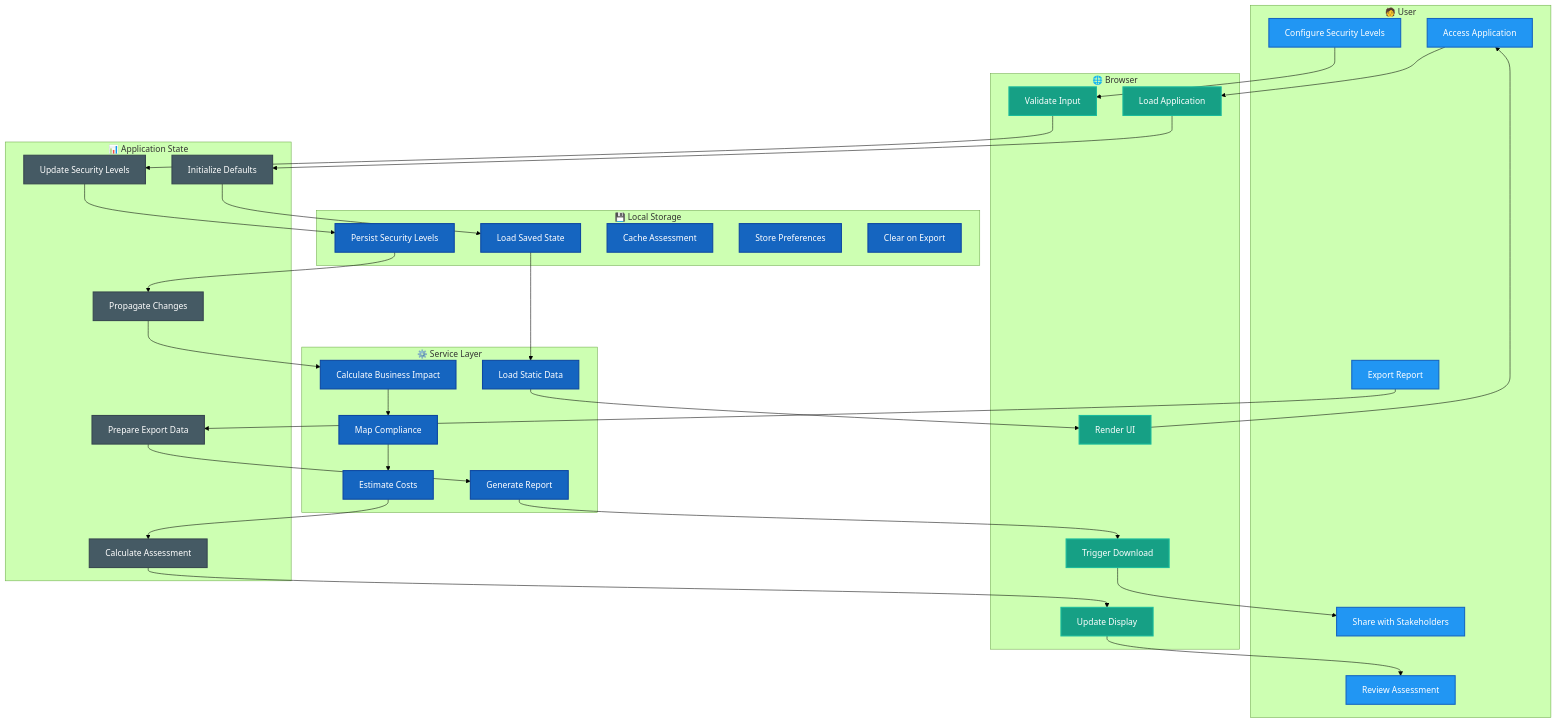
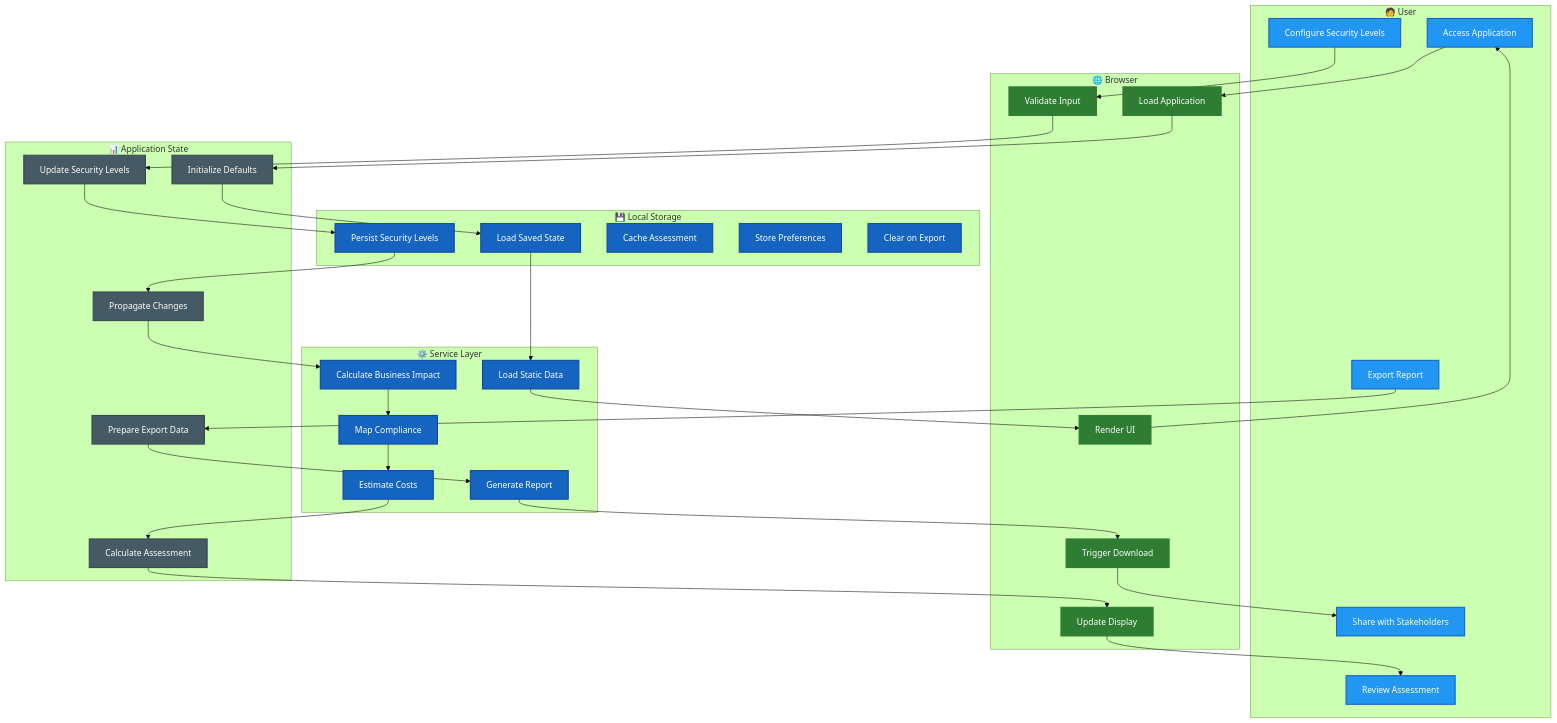
One commit to Hack23/cia-compliance-manager changed diagram 11 of 13 in docs/architecture/FLOWCHART.md. Above: the diagram before and after it, drawn with Mermaid (forest theme). The commit also changed other lines of this file and 18 other files, not shown here.

````diff
--- a/docs/architecture/FLOWCHART.md
+++ b/docs/architecture/FLOWCHART.md
@@ -1017,77 +1017,77 @@
 ```mermaid
 flowchart TD
     subgraph User["🧑 User"]
         U1[Access Application]
         U2[Configure Security Levels]
         U3[Review Assessment]
         U4[Export Report]
         U5[Share with Stakeholders]
     end
     
     subgraph Browser["🌐 Browser"]
         B1[Load Application]
         B2[Render UI]
         B3[Validate Input]
         B4[Update Display]
         B5[Trigger Download]
     end
     
     subgraph AppState["📊 Application State"]
         S1[Initialize Defaults]
         S2[Update Security Levels]
         S3[Propagate Changes]
         S4[Calculate Assessment]
         S5[Prepare Export Data]
     end
     
     subgraph Services["⚙️ Service Layer"]
         SV1[Load Static Data]
         SV2[Calculate Business Impact]
         SV3[Map Compliance]
         SV4[Estimate Costs]
         SV5[Generate Report]
     end
     
     subgraph Storage["💾 Local Storage"]
         ST1[Load Saved State]
         ST2[Persist Security Levels]
         ST3[Cache Assessment]
         ST4[Store Preferences]
         ST5[Clear on Export]
     end
     
     U1 --> B1
     B1 --> S1
     S1 --> ST1
     ST1 --> SV1
     SV1 --> B2
     B2 --> U1
     
     U2 --> B3
     B3 --> S2
     S2 --> ST2
     ST2 --> S3
     S3 --> SV2
     SV2 --> SV3
     SV3 --> SV4
     SV4 --> S4
     S4 --> B4
     B4 --> U3
     
     U4 --> S5
     S5 --> SV5
     SV5 --> B5
     B5 --> U5
     
     classDef user fill:#2196F3,stroke:#1565C0,stroke-width:2px,color:#ffffff
-    classDef browser fill:#16a085,stroke:#1abc9c,stroke-width:2px,color:white
+    classDef browser fill:#2E7D32,stroke:#1B5E20,stroke-width:2px,color:#ffffff,stroke:#2E7D32,stroke-width:2px,color:white
     classDef state fill:#455A64,stroke:#37474F,stroke-width:2px,color:#ffffff
     classDef service fill:#1565C0,stroke:#0D47A1,stroke-width:2px,color:#ffffff
     classDef storage fill:#1565C0,stroke:#0D47A1,stroke-width:2px,color:#ffffff
     
     class U1,U2,U3,U4,U5 user
     class B1,B2,B3,B4,B5 browser
     class S1,S2,S3,S4,S5 state
     class SV1,SV2,SV3,SV4,SV5 service
     class ST1,ST2,ST3,ST4,ST5 storage
 ```
````
